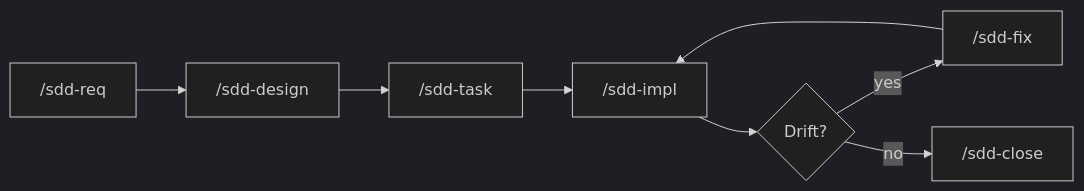
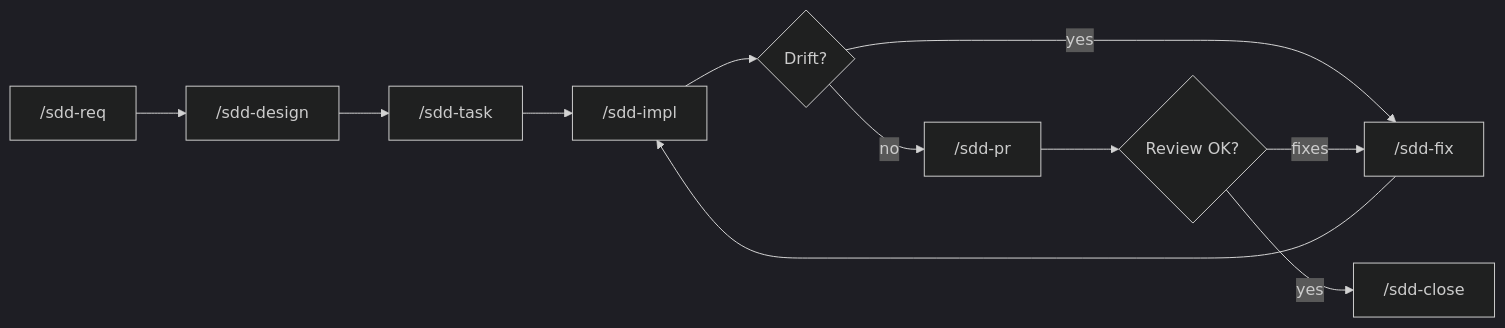
Before and after one commit to paterapatera/sdd-orc: the third of 4 diagrams in README.md, drawn with Mermaid (dark theme). The commit also changed other lines of this file and 11 other files, not shown here.

First line of the commit message:
feat: /sdd-pr を追加し close 前に PR を開くフローに変更 (1.2.3) (#16)

````diff
--- a/README.md
+++ b/README.md
@@ -150,10 +150,13 @@
 ```mermaid
 flowchart LR
   R["/sdd-req"] --> D["/sdd-design"]
   D --> T["/sdd-task"]
   T --> I["/sdd-impl"]
   I --> F{Drift?}
   F -->|yes| X["/sdd-fix"]
   X --> I
-  F -->|no| C["/sdd-close"]
+  F -->|no| P["/sdd-pr"]
+  P --> Rv{Review OK?}
+  Rv -->|fixes| X
+  Rv -->|yes| C["/sdd-close"]
 ```
````
